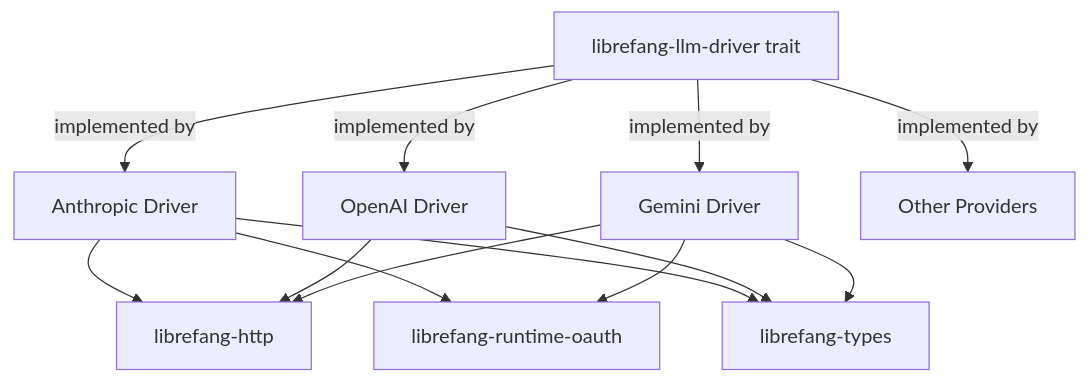
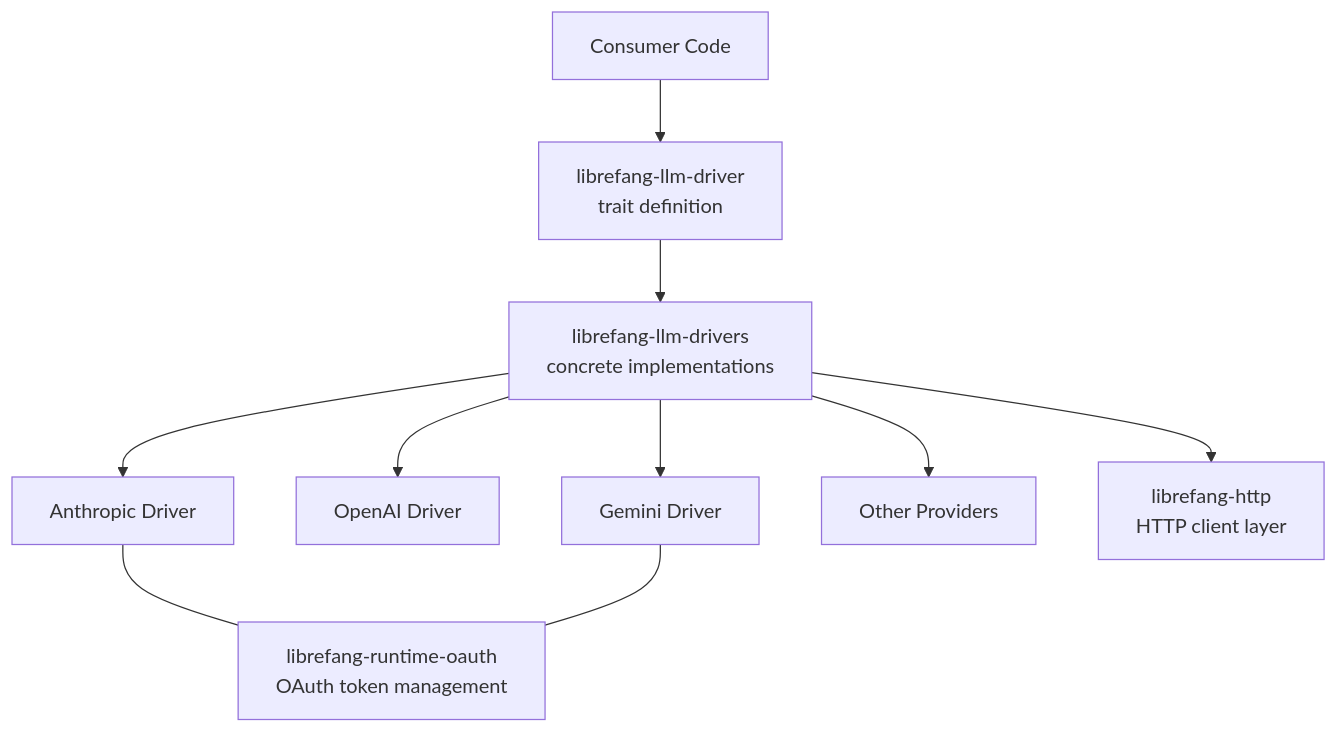
The diagram in other-librefang-llm-drivers.md (leszek3737/librefang-WIki), drawn with Mermaid before and after one commit. The commit also changed other lines of this file and 98 other files, not shown here.

````diff
--- a/other-librefang-llm-drivers.md
+++ b/other-librefang-llm-drivers.md
@@ -25,15 +13,12 @@
 ```mermaid
 graph TD
-    A[librefang-llm-driver trait] -->|implemented by| B[Anthropic Driver]
-    A -->|implemented by| C[OpenAI Driver]
-    A -->|implemented by| D[Gemini Driver]
-    A -->|implemented by| E[Other Providers]
-    B --> F[librefang-http]
-    C --> F
-    D --> F
-    B --> G[librefang-runtime-oauth]
-    D --> G
-    B --> H[librefang-types]
-    C --> H
-    D --> H
+    A[Consumer Code] --> B[librefang-llm-driver<br/>trait definition]
+    B --> C[librefang-llm-drivers<br/>concrete implementations]
+    C --> D[Anthropic Driver]
+    C --> E[OpenAI Driver]
+    C --> F[Gemini Driver]
+    C --> G[Other Providers]
+    C --> H[librefang-http<br/>HTTP client layer]
+    D --- I[librefang-runtime-oauth<br/>OAuth token management]
+    F --- I
 ```
````
